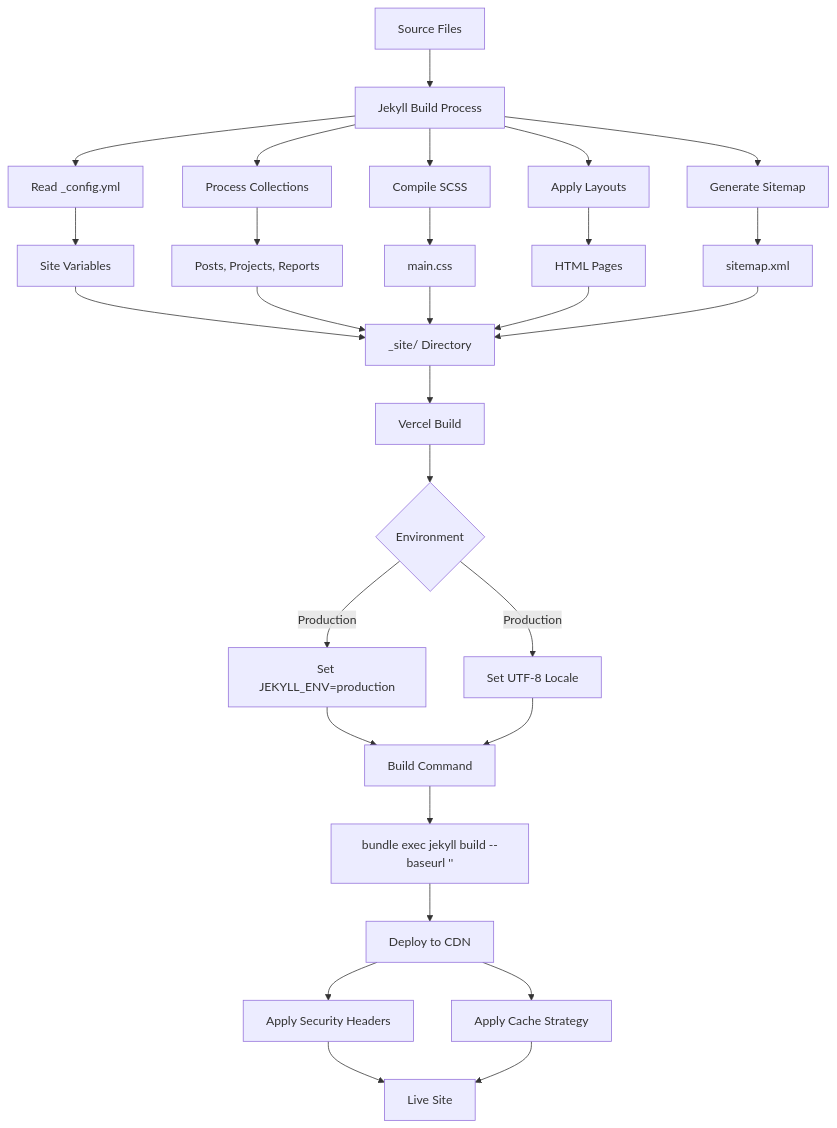
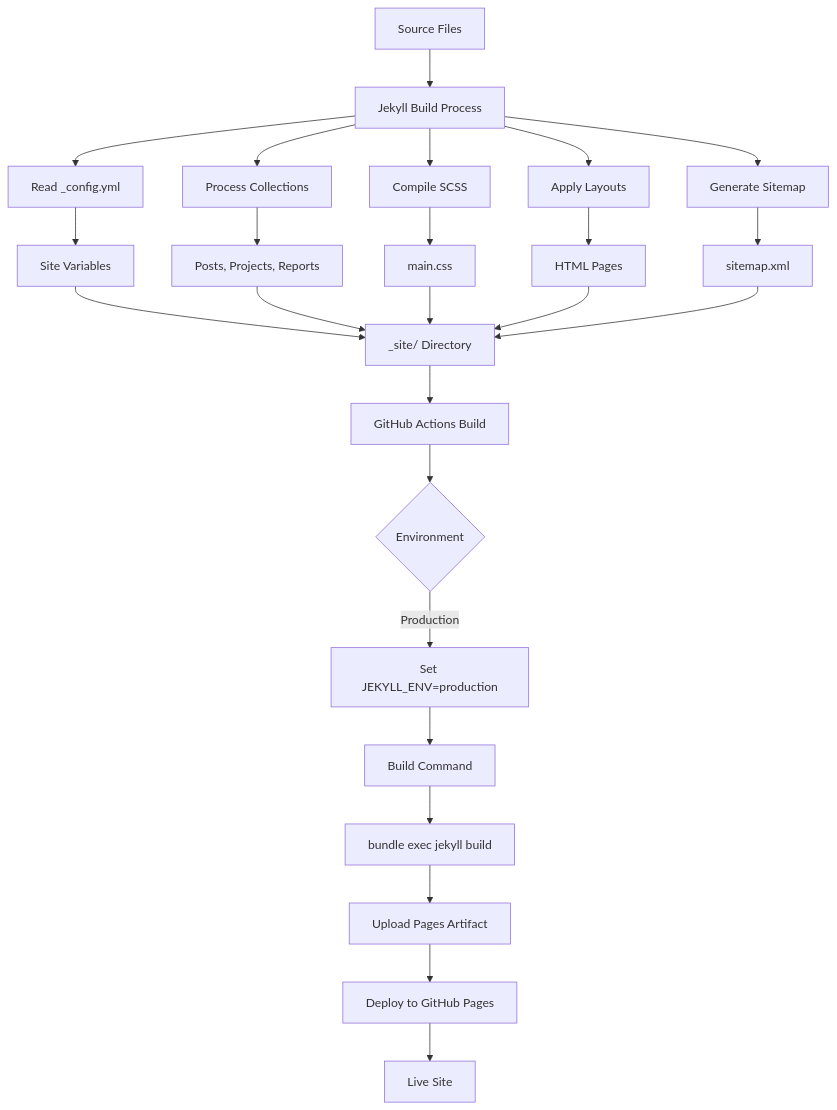
Before and after one commit to aledlie/aledlie.github.io: the fourth of 10 diagrams in docs/ARCHITECTURE-DATA-FLOWS.md, drawn with Mermaid. The commit also changed other lines of this file and 1 other file, not shown here.

First line of the commit message:
docs: update architecture docs for GitHub Pages deployment

````diff
--- a/docs/ARCHITECTURE-DATA-FLOWS.md
+++ b/docs/ARCHITECTURE-DATA-FLOWS.md
@@ -291,34 +291,30 @@
 ```mermaid
 graph TD
     A[Source Files] --> B[Jekyll Build Process]
     B --> C[Read _config.yml]
     B --> D[Process Collections]
     B --> E[Compile SCSS]
     B --> F[Apply Layouts]
     B --> G[Generate Sitemap]
 
     C --> H[Site Variables]
     D --> I[Posts, Projects, Reports]
     E --> J[main.css]
     F --> K[HTML Pages]
     G --> L[sitemap.xml]
 
     H --> M[_site/ Directory]
     I --> M
     J --> M
     K --> M
     L --> M
 
-    M --> N[Vercel Build]
+    M --> N[GitHub Actions Build]
     N --> O{Environment}
     O -->|Production| P[Set JEKYLL_ENV=production]
-    O -->|Production| Q[Set UTF-8 Locale]
-    P --> R[Build Command]
-    Q --> R
-    R --> S[bundle exec jekyll build --baseurl '']
-    S --> T[Deploy to CDN]
-    T --> U[Apply Security Headers]
-    T --> V[Apply Cache Strategy]
-    U --> W[Live Site]
-    V --> W
+    P --> Q[Build Command]
+    Q --> R[bundle exec jekyll build]
+    R --> S[Upload Pages Artifact]
+    S --> T[Deploy to GitHub Pages]
+    T --> U[Live Site]
 ```
````
